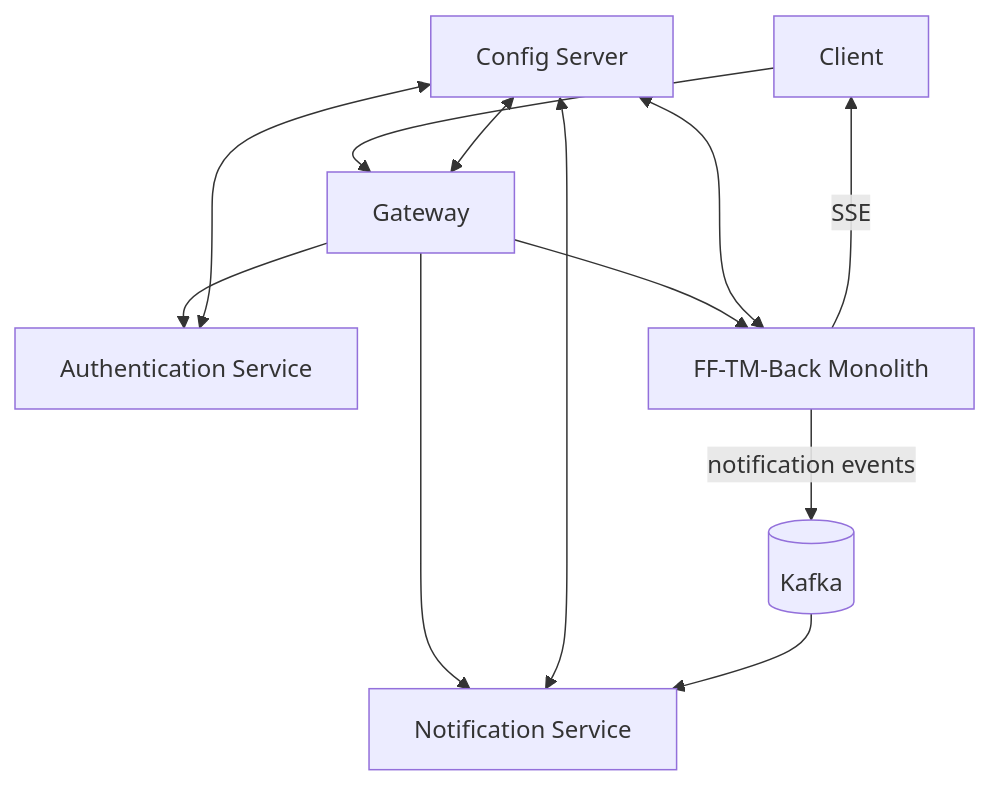
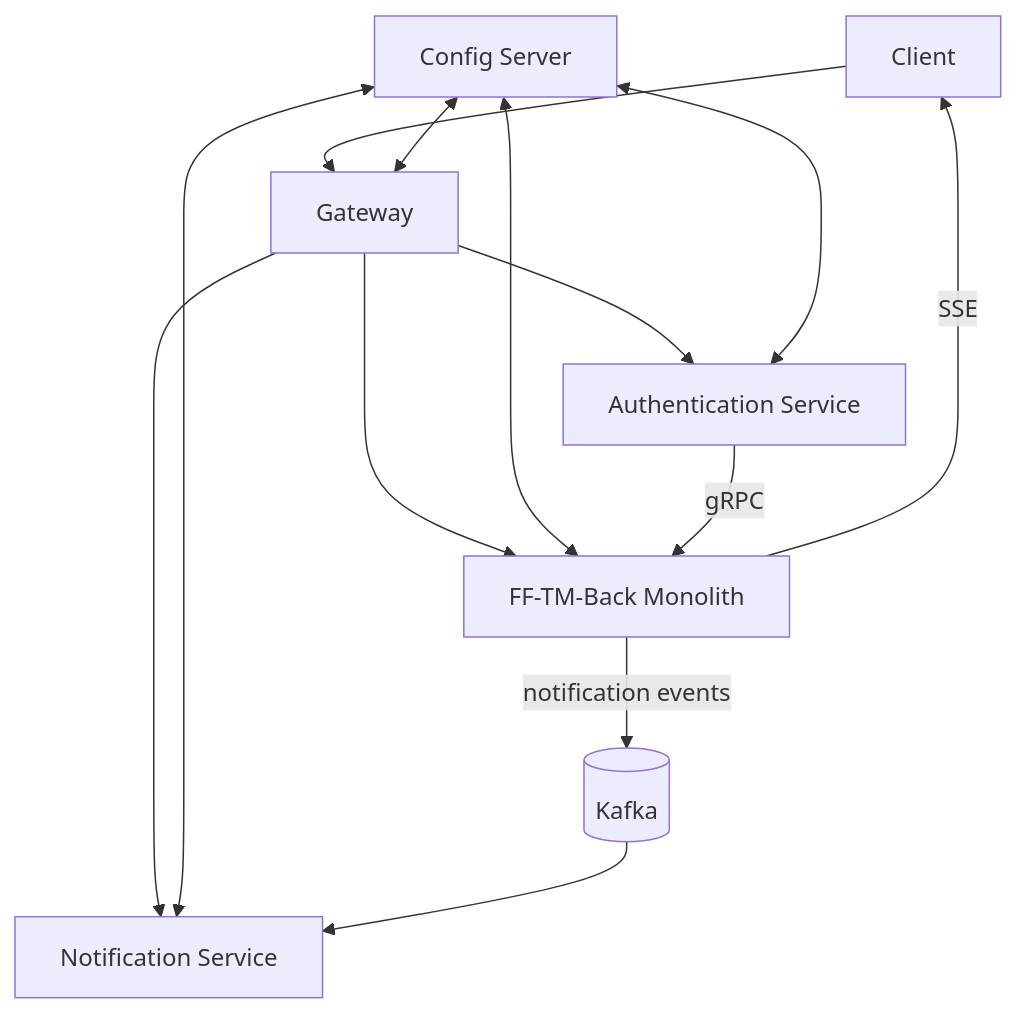
The diagram in README.md (FEBFES/FF-TM-BACK), drawn with Mermaid before and after one commit. The commit also changed other lines of this file and 5 other files, not shown here.

````diff
--- a/README.md
+++ b/README.md
@@ -76,24 +79,25 @@
 ```mermaid
 flowchart TD
     client[Client]
     gateway[Gateway]
     auth[Authentication Service]
     monolith[FF-TM-Back Monolith]
     notification[Notification Service]
     config[Config Server]
     kafka[(Kafka)]
 
     client --> gateway
     gateway --> auth
     gateway --> monolith
     gateway --> notification
 
     config <--> gateway
     config <--> auth
     config <--> monolith
     config <--> notification
 
+    auth -- gRPC --> monolith
     monolith -- "notification events" --> kafka
     kafka --> notification
     monolith -- SSE --> client
 ```
````
